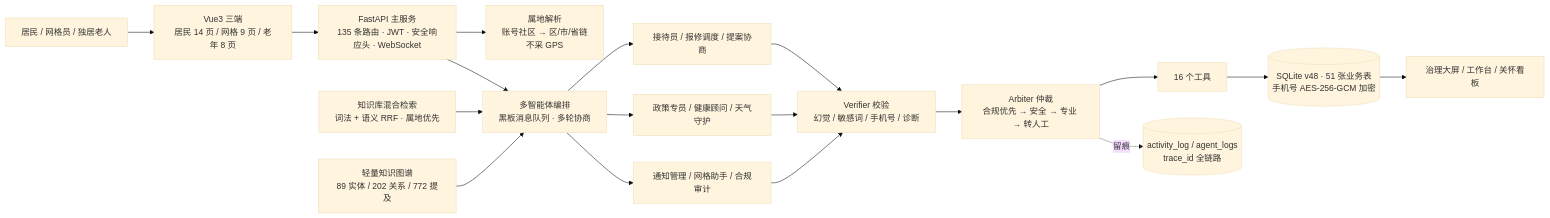
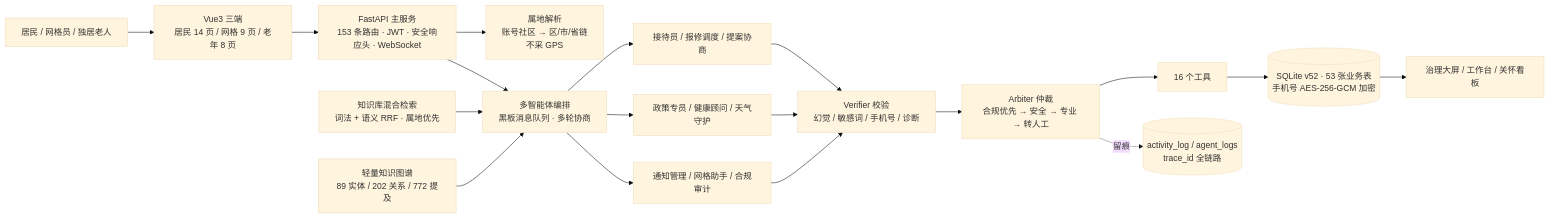
One commit to woshuofengsu/campus-insight-agent changed the diagram in docs/competition/创意说明书-提交版.md. Above: the diagram before and after it, drawn with Mermaid (base theme). The commit also changed other lines of this file and 20 other files, not shown here.

````diff
--- a/docs/competition/创意说明书-提交版.md
+++ b/docs/competition/创意说明书-提交版.md
@@ -113,18 +113,18 @@
 ```mermaid
 flowchart LR
     U[居民 / 网格员 / 独居老人] --> UI[Vue3 三端<br/>居民 14 页 / 网格 9 页 / 老年 8 页]
-    UI --> API[FastAPI 主服务<br/>135 条路由 · JWT · 安全响应头 · WebSocket]
+    UI --> API[FastAPI 主服务<br/>153 条路由 · JWT · 安全响应头 · WebSocket]
     API --> R[属地解析<br/>账号社区 → 区/市/省链<br/>不采 GPS]
     API --> O[多智能体编排<br/>黑板消息队列 · 多轮协商]
     O --> A1[接待员 / 报修调度 / 提案协商]
     O --> A2[政策专员 / 健康顾问 / 天气守护]
     O --> A3[通知管理 / 网格助手 / 合规审计]
     A1 & A2 & A3 --> V[Verifier 校验<br/>幻觉 / 敏感词 / 手机号 / 诊断]
     V --> AR[Arbiter 仲裁<br/>合规优先 → 安全 → 专业 → 转人工]
     AR --> T[16 个工具]
-    T --> DB[(SQLite v48 · 51 张业务表<br/>手机号 AES-256-GCM 加密)]
+    T --> DB[(SQLite v52 · 53 张业务表<br/>手机号 AES-256-GCM 加密)]
     KB[知识库混合检索<br/>词法 + 语义 RRF · 属地优先] --> O
     KG[轻量知识图谱<br/>89 实体 / 202 关系 / 772 提及] --> O
     DB --> S[治理大屏 / 工作台 / 关怀看板]
     AR -.留痕.-> LOG[(activity_log / agent_logs<br/>trace_id 全链路)]
 ```
````
